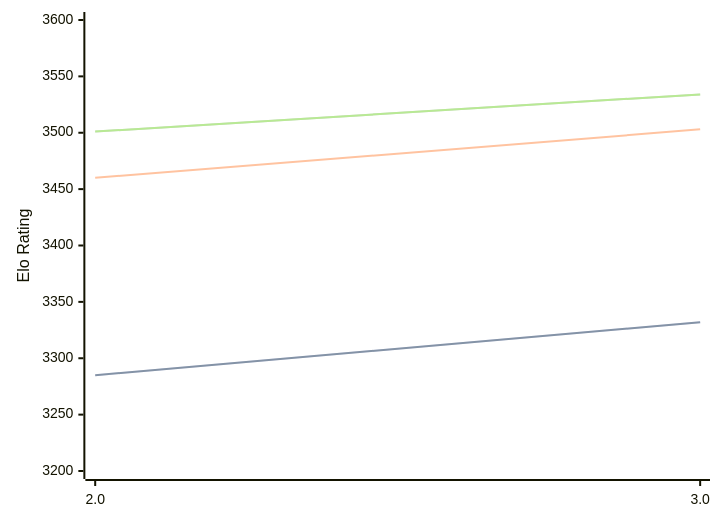
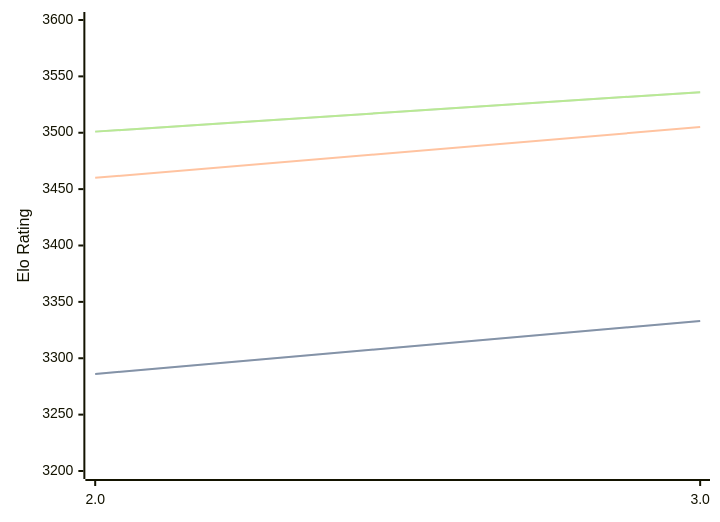
Before and after one commit to computer-chess-index/cci: the diagram in engines/Quanticade.md, drawn with Mermaid. The commit also changed other lines of this file, not shown here.

Commit message:
Update CCI Ratings (ELO VLTC) - 2026-08-05

````diff
--- a/engines/Quanticade.md
+++ b/engines/Quanticade.md
@@ -41,11 +41,11 @@
 ```mermaid
 %%{init: {"theme":"base","themeVariables":{"seriesColors:['#a3a3a3','#222221','#faa371']}}}%%
 xychart-beta
   x-axis ["2.0", "3.0"]
   y-axis "Elo Rating" 3200 --> 3600
-  line "STC (8.0+0.08s)" [3285, 3332]
-  line "STC (8.0+0.08s)" [3285, 3332]
-  line "LTC (60.0+0.60s)" [3460, 3503]
-  line "VLTC (2m24s+1.12s)" [3501, 3534]
-  line "VLTC (2m24s+1.12s)" [3501, 3534]
+  line "STC (8.0+0.08s)" [3286, 3333]
+  line "STC (8.0+0.08s)" [3286, 3333]
+  line "LTC (60.0+0.60s)" [3460, 3505]
+  line "VLTC (2m24s+1.12s)" [3501, 3536]
+  line "VLTC (2m24s+1.12s)" [3501, 3536]
 ```
````
